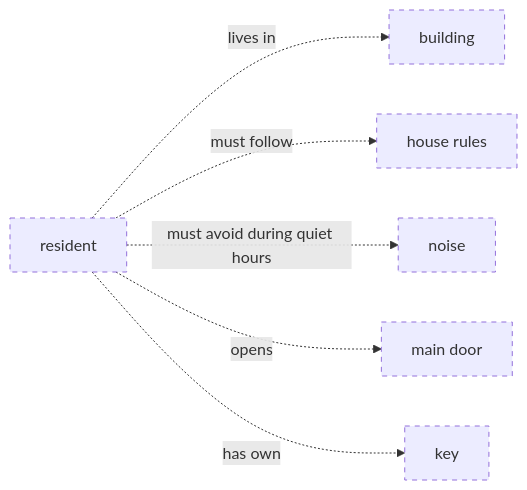
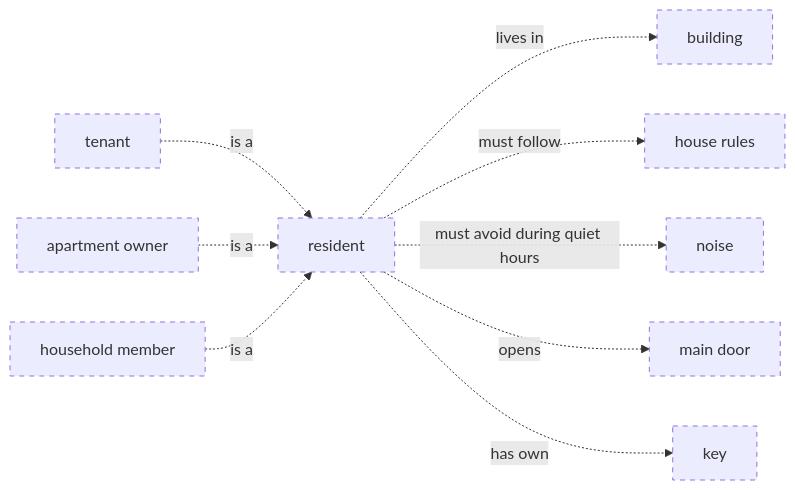
Diagram 48 of 57 in data/ontology-pets-and-house-rules/03_release/00_raw/level-2.md (belaboros/DomainAiAssistant), drawn with Mermaid before and after one commit. The commit also changed other lines of this file and 16 other files, not shown here.

First line of the commit message:
T39 (spec 0002): level diagrams near 16:9, is-a edges in relation diagrams

````diff
--- a/data/ontology-pets-and-house-rules/03_release/00_raw/level-2.md
+++ b/data/ontology-pets-and-house-rules/03_release/00_raw/level-2.md
@@ -849,16 +920,22 @@
 ```mermaid
 flowchart LR
     classDef draft stroke-dasharray: 5 5
+    cn_01M82H7HBZP5REB8E6N9M29JTK["apartment owner"]
     cn_01M82H7HBZP5REB8E6N9M29JTN["building"]
     cn_01M82H7HBZP5REB8E6N9M29JTQ["house rules"]
+    cn_01M82H7HBZP5REB8E6N9M29JTM["household member"]
     cn_01M82HCHQC6AK72JNVEQYR1KXR["key"]
     cn_01M82HCHQC6AK72JNVEQYR1KXN["main door"]
     cn_01M82H83Q82K5CKBRM346N8337["noise"]
     cn_01M82H7HBZP5REB8E6N9M29JTG["resident"]
+    cn_01M82H7HBZP5REB8E6N9M29JTJ["tenant"]
     cn_01M82H7HBZP5REB8E6N9M29JTG -. "lives in" .-> cn_01M82H7HBZP5REB8E6N9M29JTN
     cn_01M82H7HBZP5REB8E6N9M29JTG -. "must follow" .-> cn_01M82H7HBZP5REB8E6N9M29JTQ
     cn_01M82H7HBZP5REB8E6N9M29JTG -. "must avoid during quiet hours" .-> cn_01M82H83Q82K5CKBRM346N8337
     cn_01M82H7HBZP5REB8E6N9M29JTG -. "opens" .-> cn_01M82HCHQC6AK72JNVEQYR1KXN
     cn_01M82H7HBZP5REB8E6N9M29JTG -. "has own" .-> cn_01M82HCHQC6AK72JNVEQYR1KXR
-    class cn_01M82H7HBZP5REB8E6N9M29JTN,cn_01M82H7HBZP5REB8E6N9M29JTQ,cn_01M82HCHQC6AK72JNVEQYR1KXR,cn_01M82HCHQC6AK72JNVEQYR1KXN,cn_01M82H83Q82K5CKBRM346N8337,cn_01M82H7HBZP5REB8E6N9M29JTG draft
+    cn_01M82H7HBZP5REB8E6N9M29JTJ -. "is a" .-> cn_01M82H7HBZP5REB8E6N9M29JTG
+    cn_01M82H7HBZP5REB8E6N9M29JTK -. "is a" .-> cn_01M82H7HBZP5REB8E6N9M29JTG
+    cn_01M82H7HBZP5REB8E6N9M29JTM -. "is a" .-> cn_01M82H7HBZP5REB8E6N9M29JTG
+    class cn_01M82H7HBZP5REB8E6N9M29JTK,cn_01M82H7HBZP5REB8E6N9M29JTN,cn_01M82H7HBZP5REB8E6N9M29JTQ,cn_01M82H7HBZP5REB8E6N9M29JTM,cn_01M82HCHQC6AK72JNVEQYR1KXR,cn_01M82HCHQC6AK72JNVEQYR1KXN,cn_01M82H83Q82K5CKBRM346N8337,cn_01M82H7HBZP5REB8E6N9M29JTG,cn_01M82H7HBZP5REB8E6N9M29JTJ draft
 ```
````
